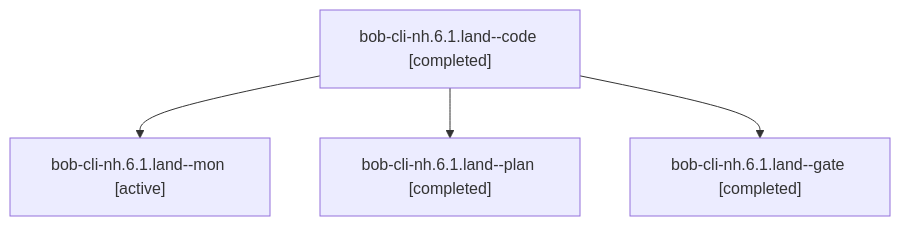
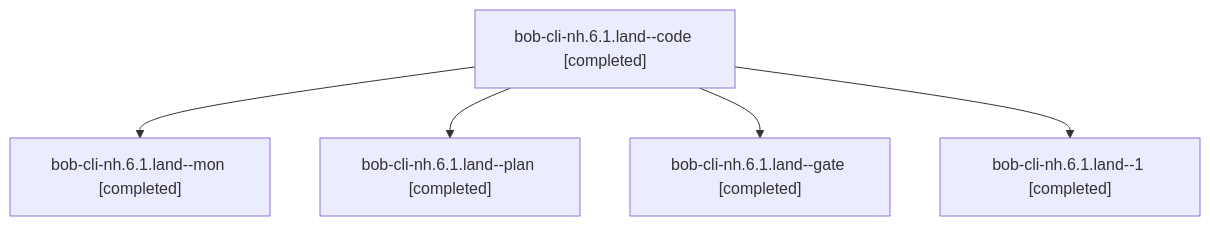
Before and after one commit to bobs-org/bob-cli--agents: the diagram in sessions/bbugyi200.athena.bob-cli-nh.6.1.land.md, drawn with Mermaid. The commit also changed other lines of this file and 151 other files, not shown here.

````diff
--- a/sessions/bbugyi200.athena.bob-cli-nh.6.1.land.md
+++ b/sessions/bbugyi200.athena.bob-cli-nh.6.1.land.md
@@ -9,10 +9,12 @@
 ```mermaid
 flowchart TD
   n0["bob-cli-nh.6.1.land--code [completed]"]
-  n1["bob-cli-nh.6.1.land--mon [active]"]
+  n1["bob-cli-nh.6.1.land--mon [completed]"]
   n0 --> n1
   n2["bob-cli-nh.6.1.land--plan [completed]"]
   n0 --> n2
   n3["bob-cli-nh.6.1.land--gate [completed]"]
   n0 --> n3
+  n4["bob-cli-nh.6.1.land--1 [completed]"]
+  n0 --> n4
 ```
````
